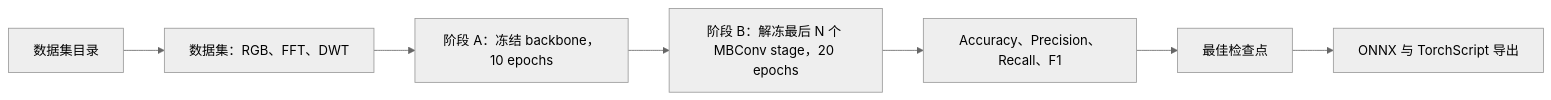
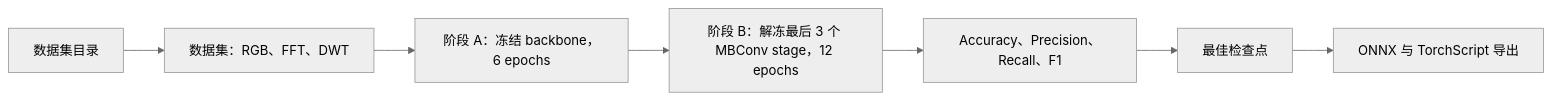
Before and after one commit to zgyj4532/opencv-screen-detector: the seventh of 8 diagrams in README_CN.md, drawn with Mermaid (neutral theme). The commit also changed other lines of this file and 31 other files, not shown here.

````diff
--- a/README_CN.md
+++ b/README_CN.md
@@ -246,9 +248,9 @@
 ```mermaid
 flowchart LR
     Data[数据集目录] --> Load[数据集：RGB、FFT、DWT]
-    Load --> A[阶段 A：冻结 backbone，10 epochs]
-    A --> B[阶段 B：解冻最后 N 个 MBConv stage，20 epochs]
+    Load --> A[阶段 A：冻结 backbone，6 epochs]
+    A --> B[阶段 B：解冻最后 3 个 MBConv stage，12 epochs]
     B --> Eval[Accuracy、Precision、Recall、F1]
     Eval --> Best[最佳检查点]
     Best --> Export[ONNX 与 TorchScript 导出]
 ```
````
